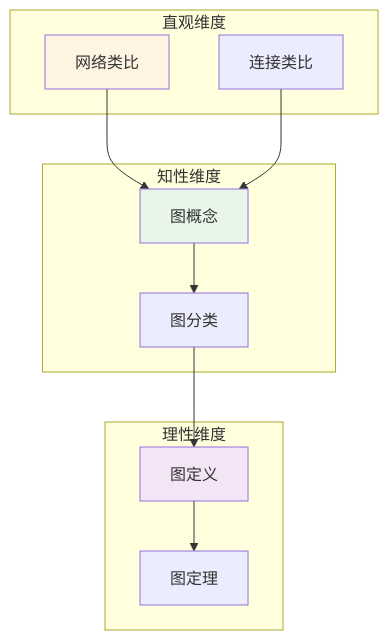
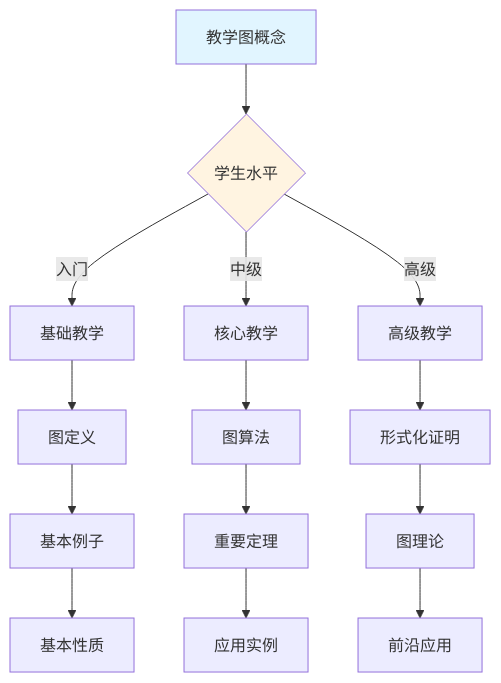
One commit to AdaMartin18010/FormalMath changed the tenth of 10 diagrams in concept/核心概念/29-图.md. Above: the diagram before and after it, drawn with Mermaid. The commit also changed other lines of this file and 4793 other files, not shown here.

````diff
--- a/concept/核心概念/29-图.md
+++ b/concept/核心概念/29-图.md
@@ -776,27 +2451,22 @@
 ```mermaid
-graph TB
-    subgraph 直观维度
-        A1[网络类比]
-        A2[连接类比]
-    end
+graph TD
+    A[教学图概念] --> B{学生水平}
+    B -->|入门| C[基础教学]
+    B -->|中级| D[核心教学]
+    B -->|高级| E[高级教学]
 
-    subgraph 知性维度
-        B1[图概念]
-        B2[图分类]
-    end
+    C --> C1[图定义]
+    C1 --> C2[基本例子]
+    C2 --> C3[基本性质]
 
-    subgraph 理性维度
-        C1[图定义]
-        C2[图定理]
-    end
+    D --> D1[图算法]
+    D1 --> D2[重要定理]
+    D2 --> D3[应用实例]
 
-    A1 --> B1
-    A2 --> B1
-    B1 --> B2
-    B2 --> C1
-    C1 --> C2
+    E --> E1[形式化证明]
+    E1 --> E2[图理论]
+    E2 --> E3[前沿应用]
 
-    style A1 fill:#fff4e1
-    style B1 fill:#e8f5e9
-    style C1 fill:#f3e5f5
+    style A fill:#e1f5ff
+    style B fill:#fff4e1
 ```
````
